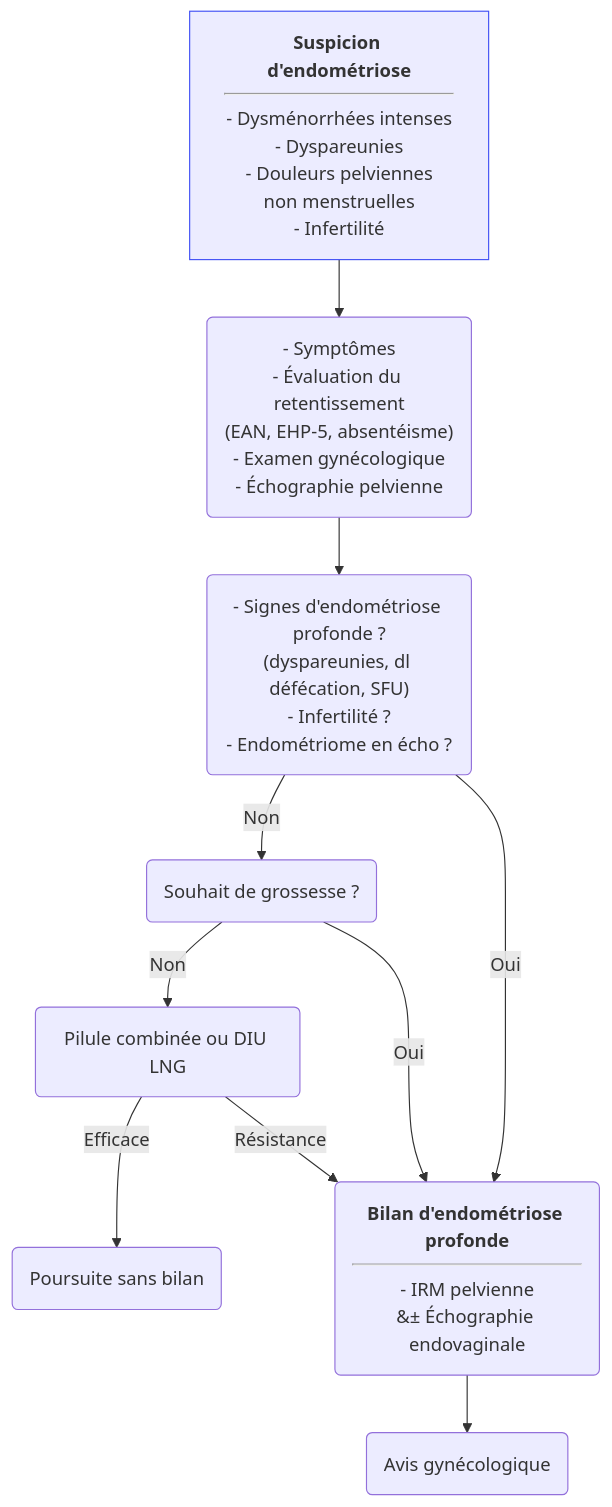
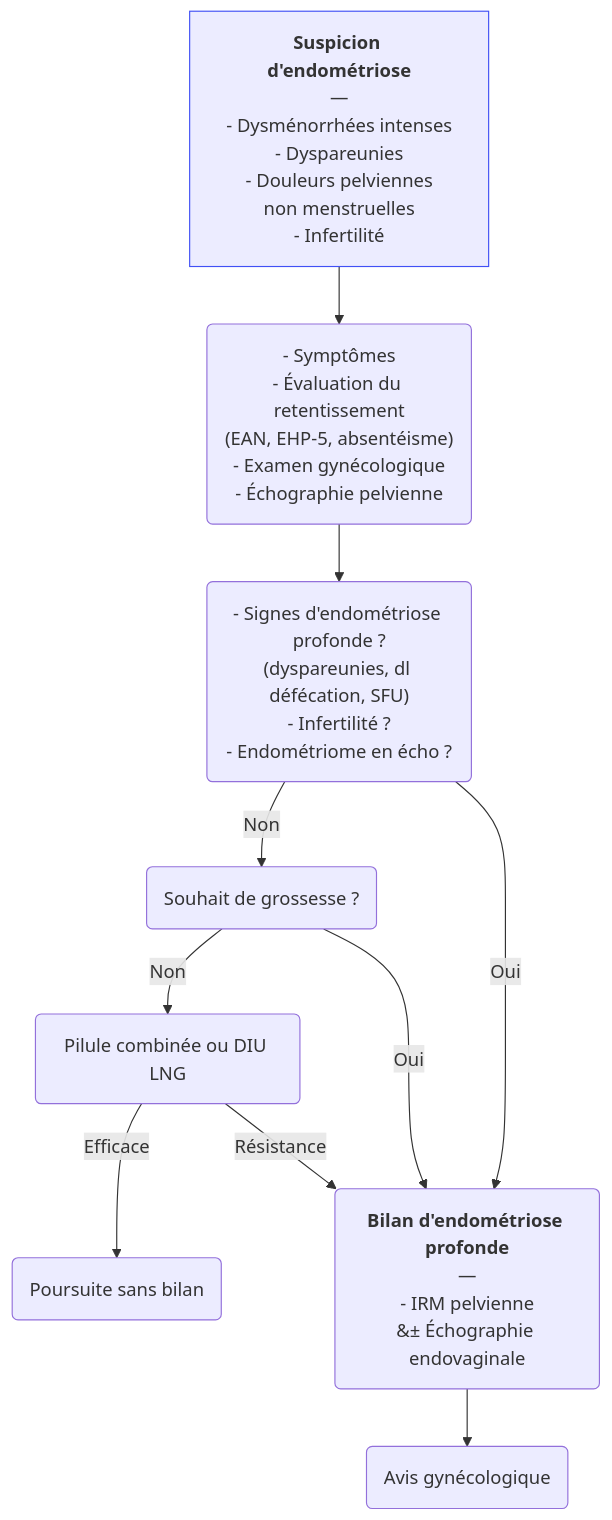
The diagram in content/recommandations/endometriose.md (djibe/recommandations-medicales), drawn with Mermaid before and after one commit. The commit also changed 51 other files, not shown here.

```diff
--- a/content/recommandations/endometriose.md
+++ b/content/recommandations/endometriose.md
@@ -283,14 +283,14 @@
 {{< mermaid title="Conduite à tenir et prise en charge d'une suspicion d'endométriose. Dr JB Fron d'après ACOG 2018 et CNGOF/HAS 2017" >}}
 graph TB
 accTitle: Conduite à tenir et prise en charge d'une suspicion d'endométriose d'après ACOG 2018 et CNGOF/HAS 2017
-  endometriose["<b>Suspicion d'endométriose</b><hr>- Dysménorrhées intenses<br>- Dyspareunies<br>- Douleurs pelviennes<br>non menstruelles<br>- Infertilité"] --> clinique("- Symptômes<br>- Évaluation du retentissement<br>(EAN, EHP-5, absentéisme)<br>- Examen gynécologique<br>- Échographie pelvienne")
+  endometriose["<b>Suspicion d'endométriose</b><br>—<br>- Dysménorrhées intenses<br>- Dyspareunies<br>- Douleurs pelviennes<br>non menstruelles<br>- Infertilité"] --> clinique("- Symptômes<br>- Évaluation du retentissement<br>(EAN, EHP-5, absentéisme)<br>- Examen gynécologique<br>- Échographie pelvienne")
   style endometriose stroke:#4150f5, stroke-width:1px
     clinique --> indicationsBilan("- Signes d'endométriose profonde ?<br>(dyspareunies, dl défécation, SFU)<br>- Infertilité ?<br>- Endométriome en écho ?")
       indicationsBilan -- Non --> souhaitGrossesse(Souhait de grossesse&nbsp;?)
         souhaitGrossesse -- Non --> contraception(Pilule combinée ou DIU LNG)
           contraception -- Efficace --> poursuite(Poursuite sans bilan)
           contraception -- Résistance --> bilan
         souhaitGrossesse -- Oui --> bilan
-      indicationsBilan -- Oui --> bilan("<b>Bilan d'endométriose profonde</b><hr>- IRM pelvienne<br>&#177; Échographie endovaginale")
+      indicationsBilan -- Oui --> bilan("<b>Bilan d'endométriose profonde</b><br>—<br>- IRM pelvienne<br>&#177; Échographie endovaginale")
         bilan --> specialiste(Avis gynécologique)
 {{< /mermaid >}}
```
